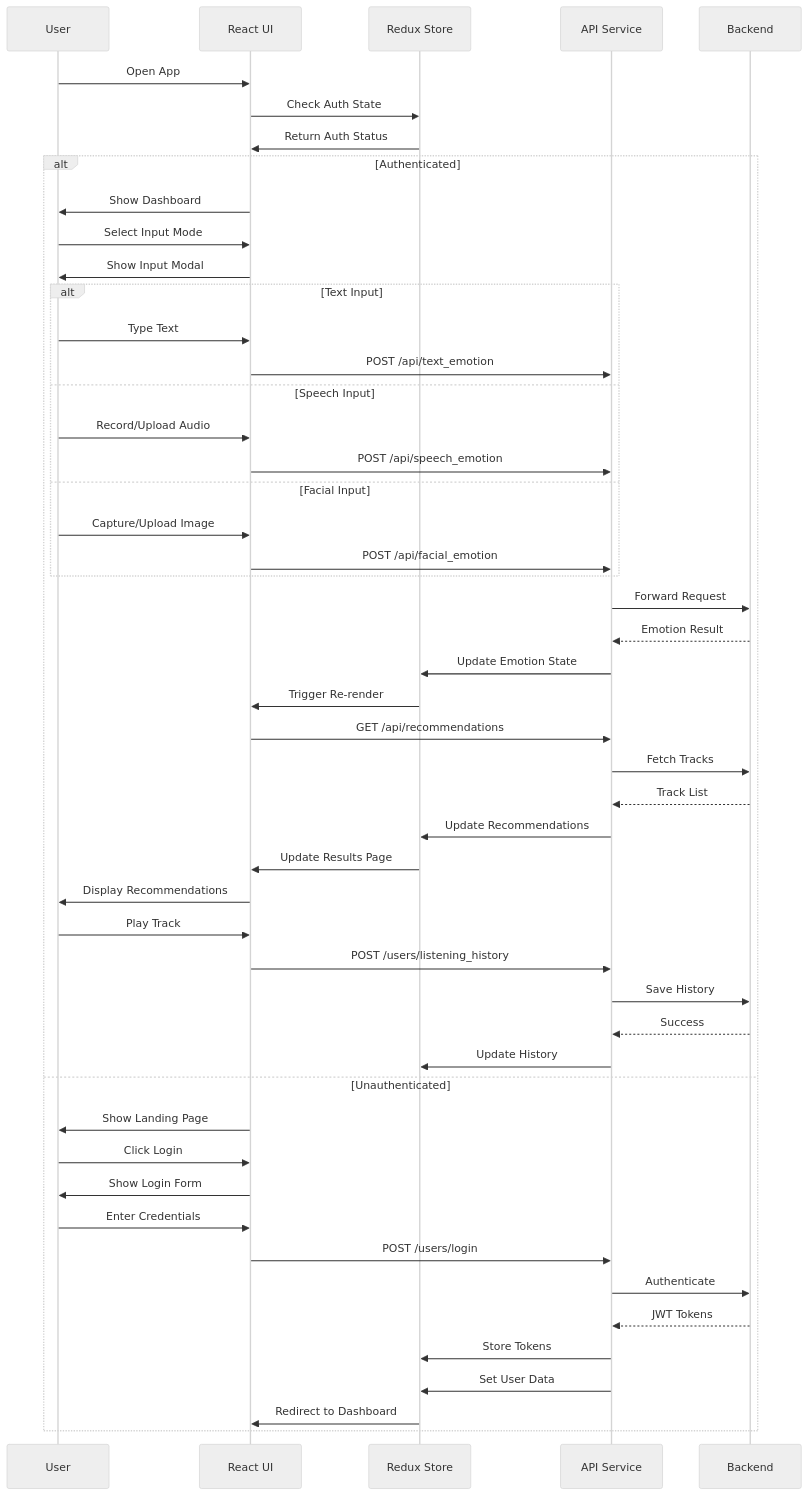
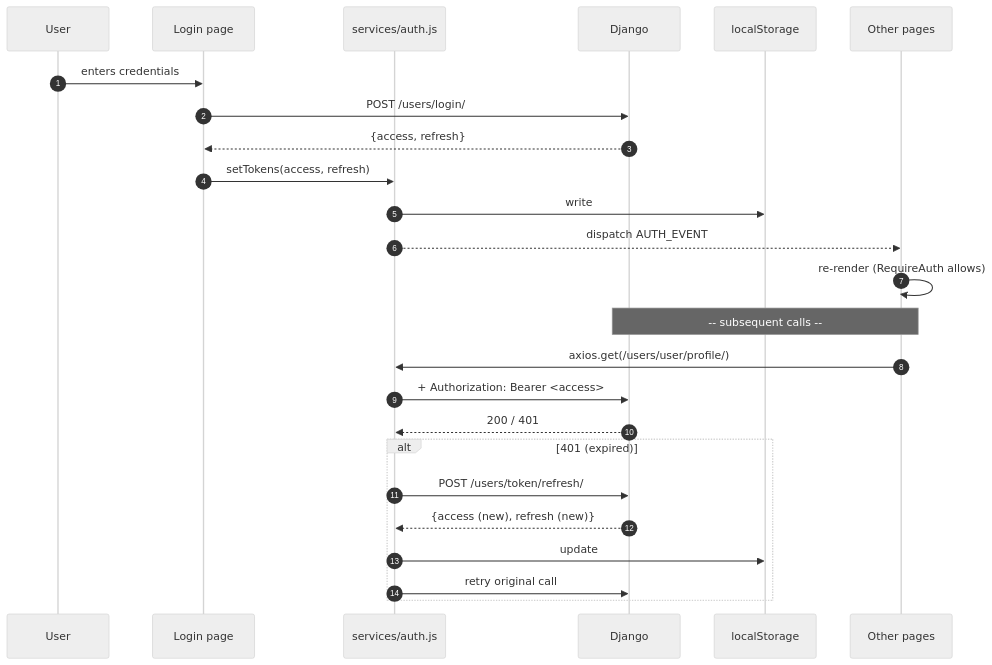
One commit to hoangsonww/Moodify-Emotion-Music-App changed the fourth of 4 diagrams in frontend/README.md. Above: the diagram before and after it, drawn with Mermaid (neutral theme). The commit also changed other lines of this file and 4 other files, not shown here.

````diff
--- a/frontend/README.md
+++ b/frontend/README.md
@@ -257,58 +226,31 @@
 ```mermaid
 sequenceDiagram
+    autonumber
     participant U as User
-    participant UI as React UI
-    participant ST as Redux Store
-    participant API as API Service
-    participant BE as Backend
+    participant L as Login page
+    participant A as services/auth.js
+    participant API as Django
+    participant LS as localStorage
+    participant App as Other pages
 
-    U->>UI: Open App
-    UI->>ST: Check Auth State
-    ST->>UI: Return Auth Status
+    U->>L: enters credentials
+    L->>API: POST /users/login/
+    API-->>L: {access, refresh}
+    L->>A: setTokens(access, refresh)
+    A->>LS: write
+    A-->>App: dispatch AUTH_EVENT
+    App->>App: re-render (RequireAuth allows)
 
-    alt Authenticated
-        UI->>U: Show Dashboard
-        U->>UI: Select Input Mode
-        UI->>U: Show Input Modal
+    Note over App,API: -- subsequent calls --
 
-        alt Text Input
-            U->>UI: Type Text
-            UI->>API: POST /api/text_emotion
-        else Speech Input
-            U->>UI: Record/Upload Audio
-            UI->>API: POST /api/speech_emotion
-        else Facial Input
-            U->>UI: Capture/Upload Image
-            UI->>API: POST /api/facial_emotion
-        end
+    App->>A: axios.get(/users/user/profile/)
+    A->>API: + Authorization: Bearer <access>
+    API-->>A: 200 / 401
 
-        API->>BE: Forward Request
-        BE-->>API: Emotion Result
-        API->>ST: Update Emotion State
-        ST->>UI: Trigger Re-render
-        UI->>API: GET /api/recommendations
-        API->>BE: Fetch Tracks
-        BE-->>API: Track List
-        API->>ST: Update Recommendations
-        ST->>UI: Update Results Page
-        UI->>U: Display Recommendations
-
-        U->>UI: Play Track
-        UI->>API: POST /users/listening_history
-        API->>BE: Save History
-        BE-->>API: Success
-        API->>ST: Update History
-
-    else Unauthenticated
-        UI->>U: Show Landing Page
-        U->>UI: Click Login
-        UI->>U: Show Login Form
-        U->>UI: Enter Credentials
-        UI->>API: POST /users/login
-        API->>BE: Authenticate
-        BE-->>API: JWT Tokens
-        API->>ST: Store Tokens
-        API->>ST: Set User Data
-        ST->>UI: Redirect to Dashboard
+    alt 401 (expired)
+        A->>API: POST /users/token/refresh/
+        API-->>A: {access (new), refresh (new)}
+        A->>LS: update
+        A->>API: retry original call
     end
 ```
````
